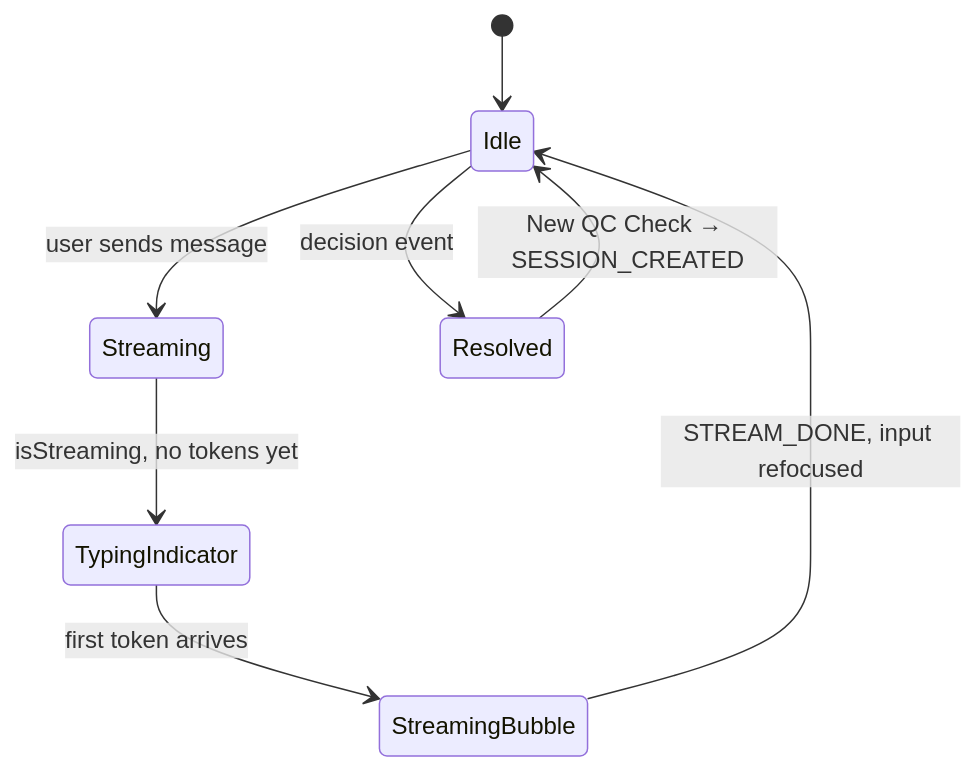
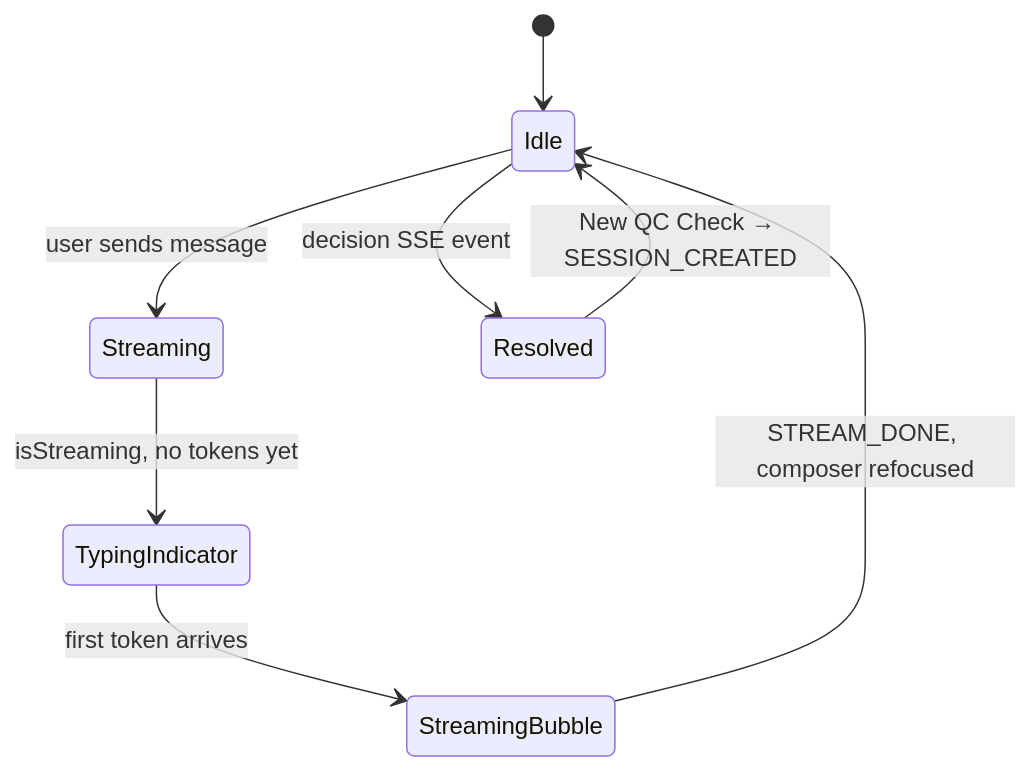
Before and after one commit to fatemehkhoshbayan/mana-poct: the diagram in front-end/README.md, drawn with Mermaid. The commit also changed other lines of this file and 49 other files, not shown here.

````diff
--- a/front-end/README.md
+++ b/front-end/README.md
@@ -109,10 +188,10 @@
 ```mermaid
 stateDiagram-v2
     [*] --> Idle
     Idle --> Streaming: user sends message
     Streaming --> TypingIndicator: isStreaming, no tokens yet
     TypingIndicator --> StreamingBubble: first token arrives
-    StreamingBubble --> Idle: STREAM_DONE, input refocused
-    Idle --> Resolved: decision event
+    StreamingBubble --> Idle: STREAM_DONE, composer refocused
+    Idle --> Resolved: decision SSE event
     Resolved --> Idle: New QC Check → SESSION_CREATED
 ```
````
